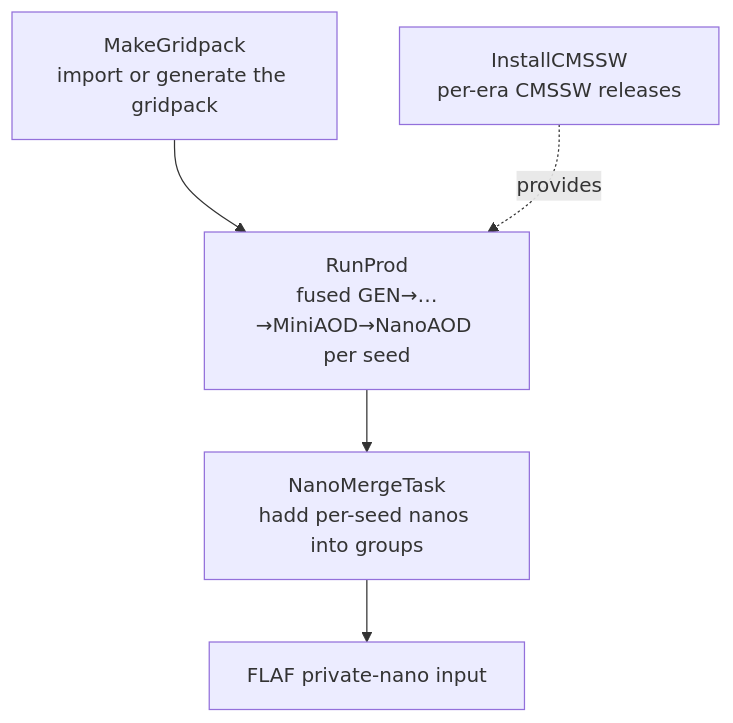
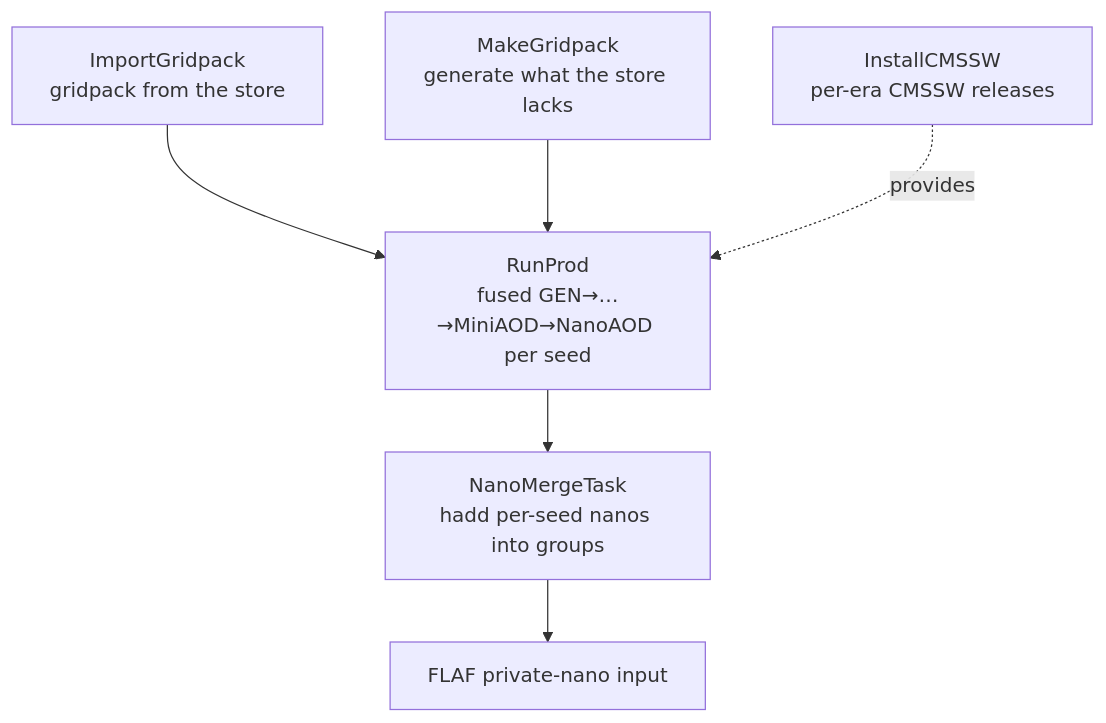
Before and after one commit to cms-flaf/DSProd: the diagram in docs/index.md, drawn with Mermaid. The commit also changed 17 other files, not shown here.

First line of the commit message:
X_HH production support: gridpack store + import/collect tasks, CRAB hardening, per-era setups and CLI selection (#2)

````diff
--- a/docs/index.md
+++ b/docs/index.md
@@ -26,7 +26,8 @@
 ```mermaid
 flowchart TD
-    GP[MakeGridpack<br/>import or generate the gridpack] --> RP[RunProd<br/>fused GEN→…→MiniAOD→NanoAOD per seed]
+    IG[ImportGridpack<br/>gridpack from the store] --> RP[RunProd<br/>fused GEN→…→MiniAOD→NanoAOD per seed]
+    GP[MakeGridpack<br/>generate what the store lacks] --> RP
     RP --> NM[NanoMergeTask<br/>hadd per-seed nanos into groups]
     NM --> FLAF[FLAF private-nano input]
     IC[InstallCMSSW<br/>per-era CMSSW releases] -.provides.-> RP
 ```
````
